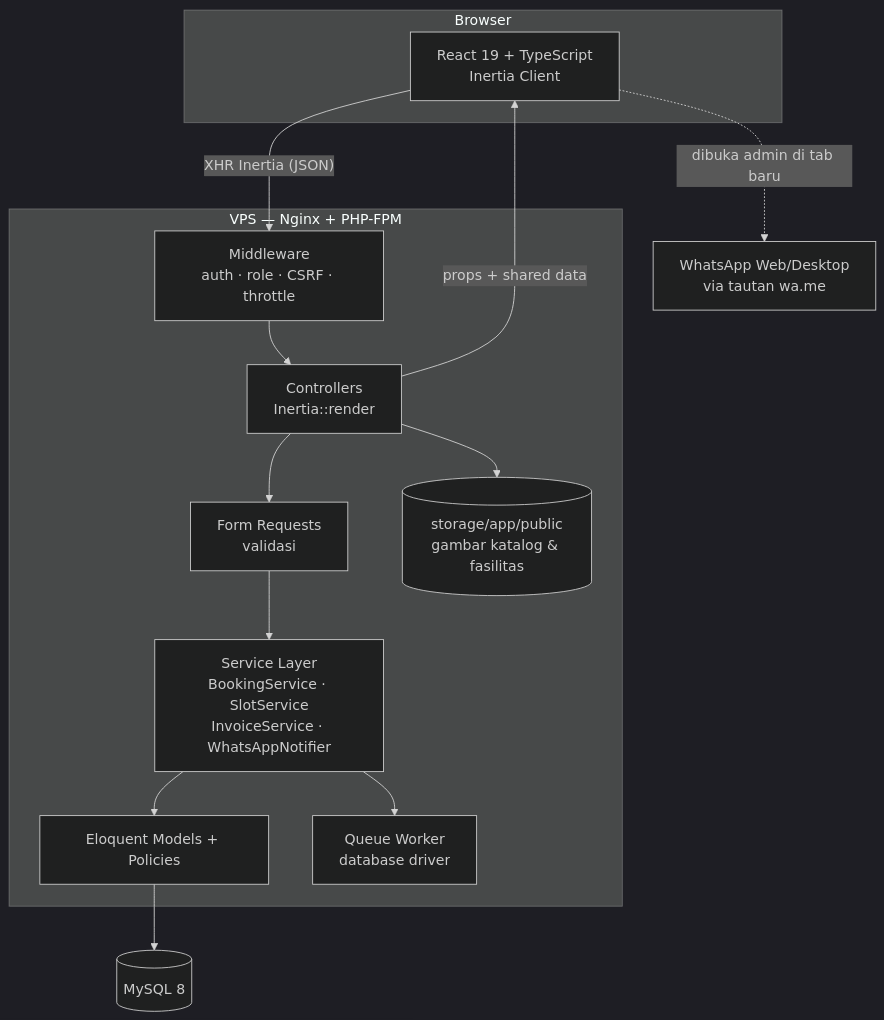
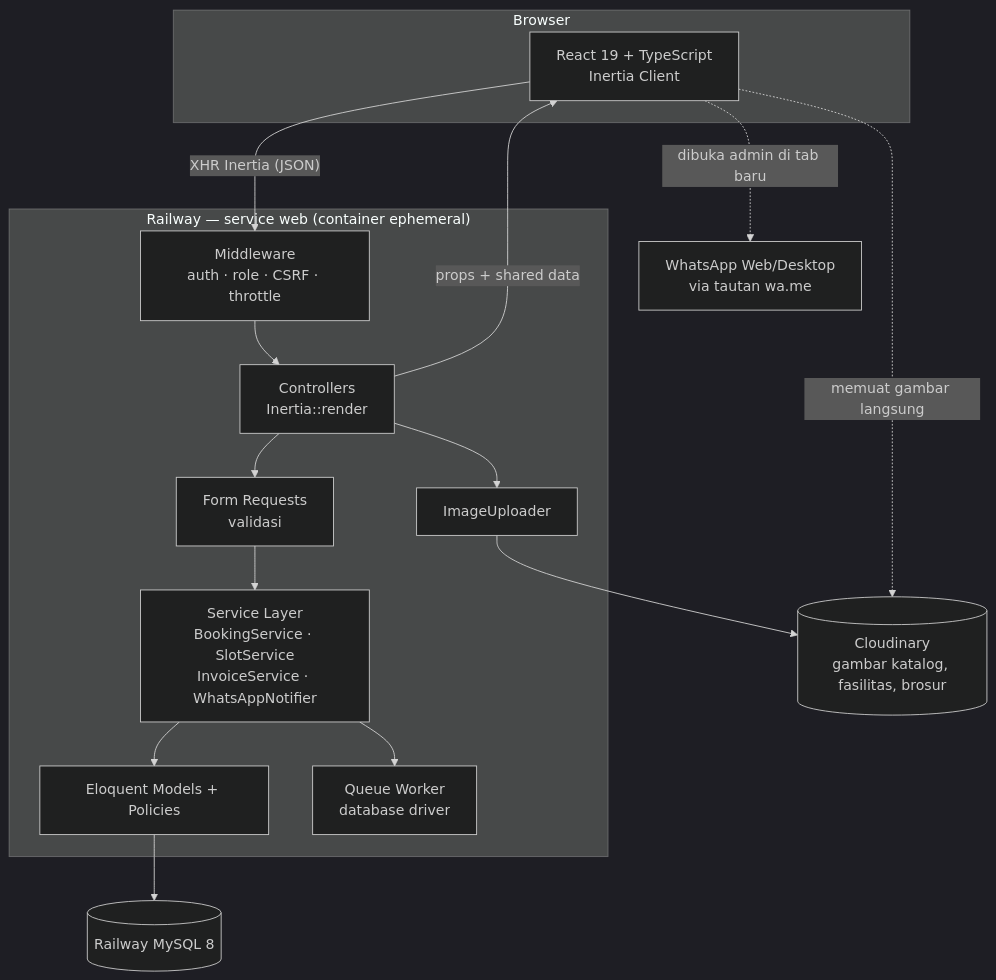
The diagram in docs/03-arsitektur-teknis.md (MHamzah1/CheryArta-Service), drawn with Mermaid (dark theme) before and after one commit. The commit also changed other lines of this file and 5 other files, not shown here.

````diff
--- a/docs/03-arsitektur-teknis.md
+++ b/docs/03-arsitektur-teknis.md
@@ -41,26 +43,28 @@
 ```mermaid
 flowchart TB
     subgraph Browser
         R[React 19 + TypeScript<br/>Inertia Client]
     end
 
-    subgraph Server["VPS — Nginx + PHP-FPM"]
+    subgraph Server["Railway — service web (container ephemeral)"]
         MW[Middleware<br/>auth · role · CSRF · throttle]
         C[Controllers<br/>Inertia::render]
         FR[Form Requests<br/>validasi]
         S[Service Layer<br/>BookingService · SlotService<br/>InvoiceService · WhatsAppNotifier]
         M[Eloquent Models + Policies]
         Q[Queue Worker<br/>database driver]
-        FS[(storage/app/public<br/>gambar katalog & fasilitas)]
+        IU[ImageUploader]
     end
 
-    DB[(MySQL 8)]
+    DB[(Railway MySQL 8)]
+    CDN[(Cloudinary<br/>gambar katalog, fasilitas, brosur)]
     WA[WhatsApp Web/Desktop<br/>via tautan wa.me]
 
     R -- "XHR Inertia (JSON)" --> MW --> C
     C --> FR --> S --> M --> DB
     C -- "props + shared data" --> R
     S --> Q
-    C --> FS
+    C --> IU --> CDN
+    R -. "memuat gambar langsung" .-> CDN
     R -. "dibuka admin di tab baru" .-> WA
 ```
````
